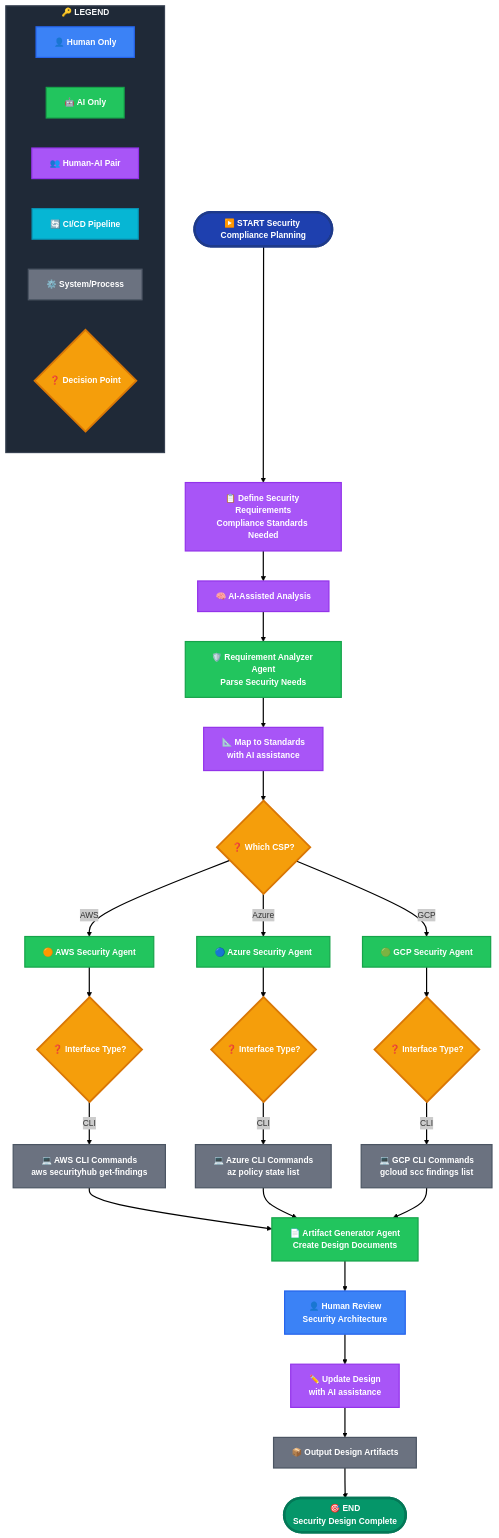
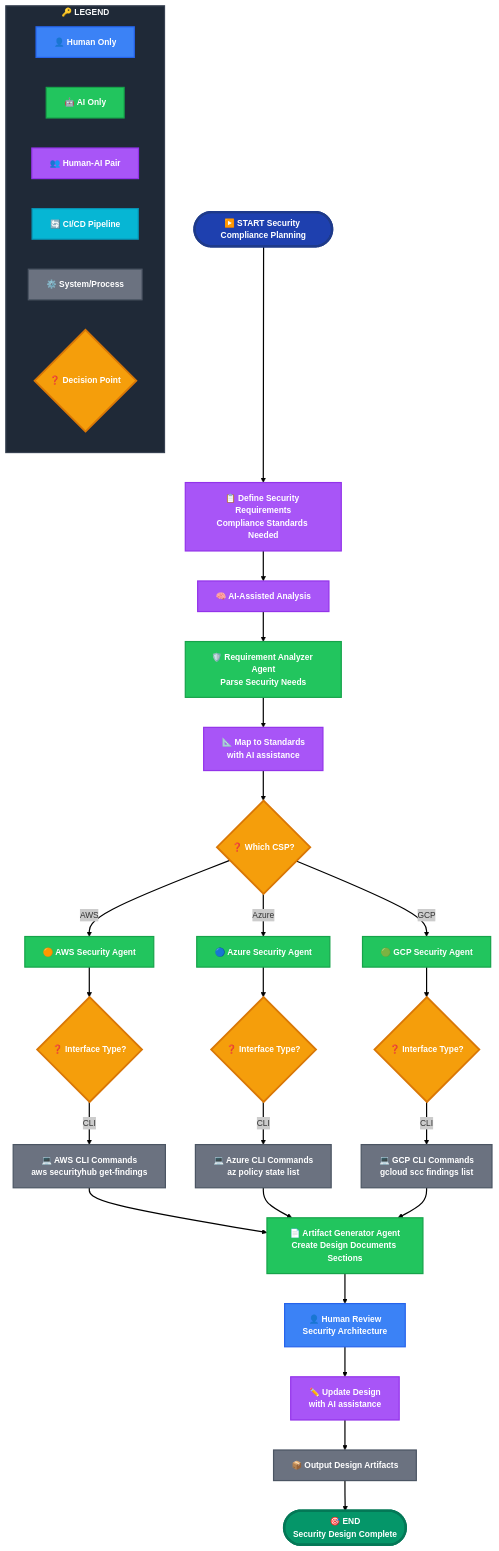
Before and after one commit to hashi-demo-lab/claude-code-devcontainer: the diagram in .claude/workflows/security_analysis.mmd, drawn with Mermaid. The commit also changed 1 other file, not shown here.

Commit message:
Enhance documentation for AWS security best practices and clarify artifact generation process in security analysis workflow

```diff
--- a/.claude/workflows/security_analysis.mmd
+++ b/.claude/workflows/security_analysis.mmd
@@ -1,74 +1,74 @@
 ---
 config:
   theme: neo
   flowchart:
     curve: basis
   layout: fixed
 ---
 flowchart TB
  subgraph LEGEND["🔑 LEGEND"]
     direction LR
         L1["👤 Human Only"]
         L2["🤖 AI Only"]
         L3["👥 Human-AI Pair"]
         L4["🔄 CI/CD Pipeline"]
         L5["⚙️ System/Process"]
         L6{"❓ Decision Point"}
   end
     START(["▶️ START Security Compliance Planning"]) --> A["📋 Define Security Requirements<br>Compliance Standards Needed"]
     A --> B["🧠 AI-Assisted Analysis"]
     B --> B1["🛡️ Requirement Analyzer Agent<br>Parse Security Needs"]
     B1 --> C["📐 Map to Standards<br>with AI assistance"]
     C --> C1{"❓ Which CSP?"}
     C1 -- AWS --> AWS["🟠 AWS Security Agent"]
     C1 -- Azure --> AZ["🔵 Azure Security Agent"]
     C1 -- GCP --> GCP["🟢 GCP Security Agent"]
     AWS --> D1{"❓ Interface Type?"}
     AZ --> D2{"❓ Interface Type?"}
     GCP --> D3{"❓ Interface Type?"}
     D1 -- CLI --> AWS_CLI["💻 AWS CLI Commands<br>aws securityhub get-findings"]
     D2 -- CLI --> AZ_CLI["💻 Azure CLI Commands<br>az policy state list"]
     D3 -- CLI --> GCP_CLI["💻 GCP CLI Commands<br>gcloud scc findings list"]
-    AWS_CLI --> L["📄 Artifact Generator Agent<br>Create Design Documents"]
+    AWS_CLI --> L["📄 Artifact Generator Agent<br>Create Design Documents Sections"]
     AZ_CLI --> L
     GCP_CLI --> L
     L --> M["👤 Human Review<br>Security Architecture"]
     M --> O["✏️ Update Design<br>with AI assistance"]
     O --> P["📦 Output Design Artifacts"]
     P --> END1(["🎯 END<br>Security Design Complete"])
      L1:::human
      L2:::ai
      L3:::pair
      L4:::cicd
      L5:::system
      L6:::decision
      START:::start
      A:::pair
      B:::pair
      B1:::ai
      C:::pair
      C1:::decision
      AWS:::ai
      AZ:::ai
      GCP:::ai
      D1:::decision
      D2:::decision
      D3:::decision
      AWS_CLI:::system
      AZ_CLI:::system
      GCP_CLI:::system
      L:::ai
      M:::human
      O:::pair
      P:::system
      END1:::endsuccess
     classDef start fill:#1e40af,stroke:#1e3a8a,color:#fff,stroke-width:4px,font-weight:bold
     classDef endsuccess fill:#059669,stroke:#047857,color:#fff,stroke-width:4px,font-weight:bold
     classDef endwarn fill:#f59e0b,stroke:#d97706,color:#fff,stroke-width:3px,font-weight:bold
     classDef human fill:#3b82f6,stroke:#2563eb,color:#fff,stroke-width:2px,font-weight:bold
     classDef ai fill:#22c55e,stroke:#16a34a,color:#fff,stroke-width:2px,font-weight:bold
     classDef cicd fill:#06b6d4,stroke:#0891b2,color:#fff,stroke-width:2px,font-weight:bold
     classDef pair fill:#a855f7,stroke:#9333ea,color:#fff,stroke-width:2px,font-weight:bold
     classDef system fill:#6b7280,stroke:#4b5563,color:#fff,stroke-width:2px,font-weight:bold
     classDef decision fill:#f59e0b,stroke:#d97706,color:#fff,stroke-width:3px,font-weight:bold
     style LEGEND fill:#1f2937,stroke:#374151,stroke-width:2px,color:#f9fafb,font-weight:bold
```
